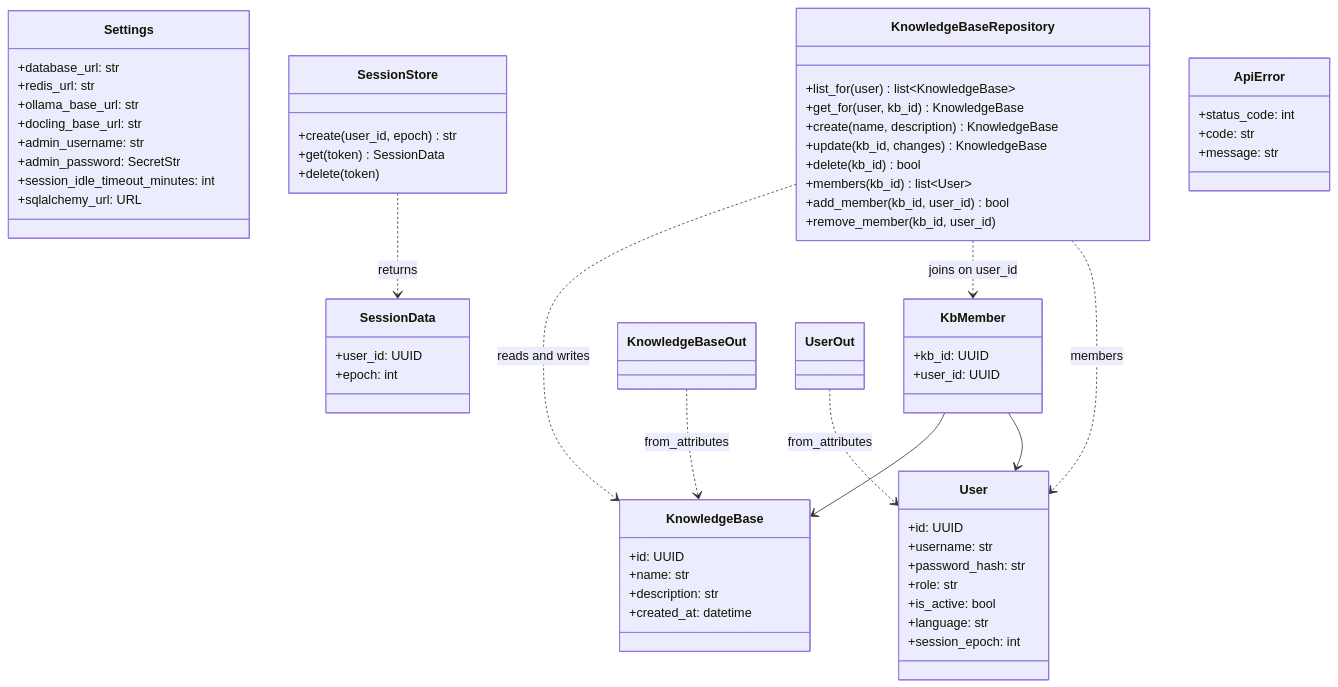
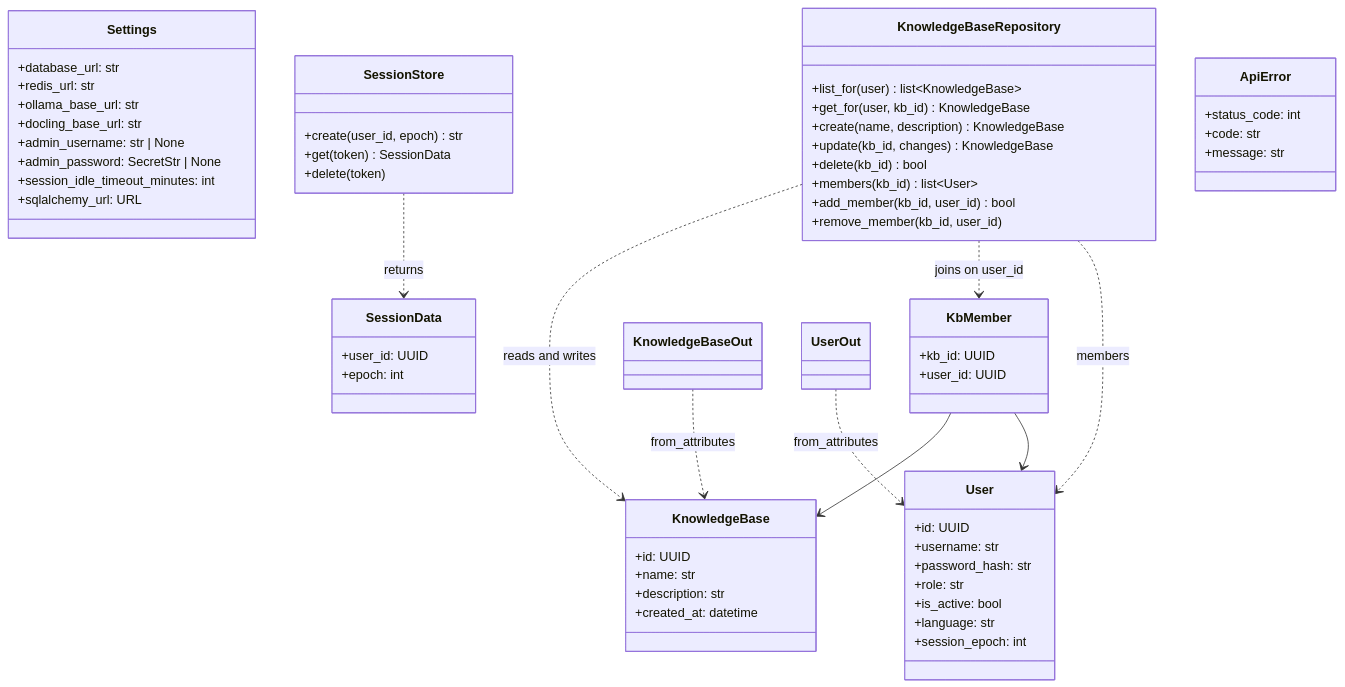
The fourth of 5 diagrams in docs/system/fondazioni.md (jumping2000/advancedRAG), drawn with Mermaid before and after one commit. The commit also changed other lines of this file and 6 other files, not shown here.

````diff
--- a/docs/system/fondazioni.md
+++ b/docs/system/fondazioni.md
@@ -147,66 +165,66 @@
 ```mermaid
 classDiagram
     class Settings {
         +database_url: str
         +redis_url: str
         +ollama_base_url: str
         +docling_base_url: str
-        +admin_username: str
-        +admin_password: SecretStr
+        +admin_username: str | None
+        +admin_password: SecretStr | None
         +session_idle_timeout_minutes: int
         +sqlalchemy_url: URL
     }
     class SessionStore {
         +create(user_id, epoch) str
         +get(token) SessionData
         +delete(token)
     }
     class SessionData {
         +user_id: UUID
         +epoch: int
     }
     class User {
         +id: UUID
         +username: str
         +password_hash: str
         +role: str
         +is_active: bool
         +language: str
         +session_epoch: int
     }
     class KnowledgeBase {
         +id: UUID
         +name: str
         +description: str
         +created_at: datetime
     }
     class KbMember {
         +kb_id: UUID
         +user_id: UUID
     }
     class KnowledgeBaseRepository {
         +list_for(user) list~KnowledgeBase~
         +get_for(user, kb_id) KnowledgeBase
         +create(name, description) KnowledgeBase
         +update(kb_id, changes) KnowledgeBase
         +delete(kb_id) bool
         +members(kb_id) list~User~
         +add_member(kb_id, user_id) bool
         +remove_member(kb_id, user_id)
     }
     class ApiError {
         +status_code: int
         +code: str
         +message: str
     }
     class KnowledgeBaseOut
     class UserOut
     SessionStore ..> SessionData : returns
     KnowledgeBaseRepository ..> KnowledgeBase : reads and writes
     KnowledgeBaseRepository ..> KbMember : joins on user_id
     KnowledgeBaseRepository ..> User : members
     KbMember --> KnowledgeBase
     KbMember --> User
     KnowledgeBaseOut ..> KnowledgeBase : from_attributes
     UserOut ..> User : from_attributes
 ```
````
